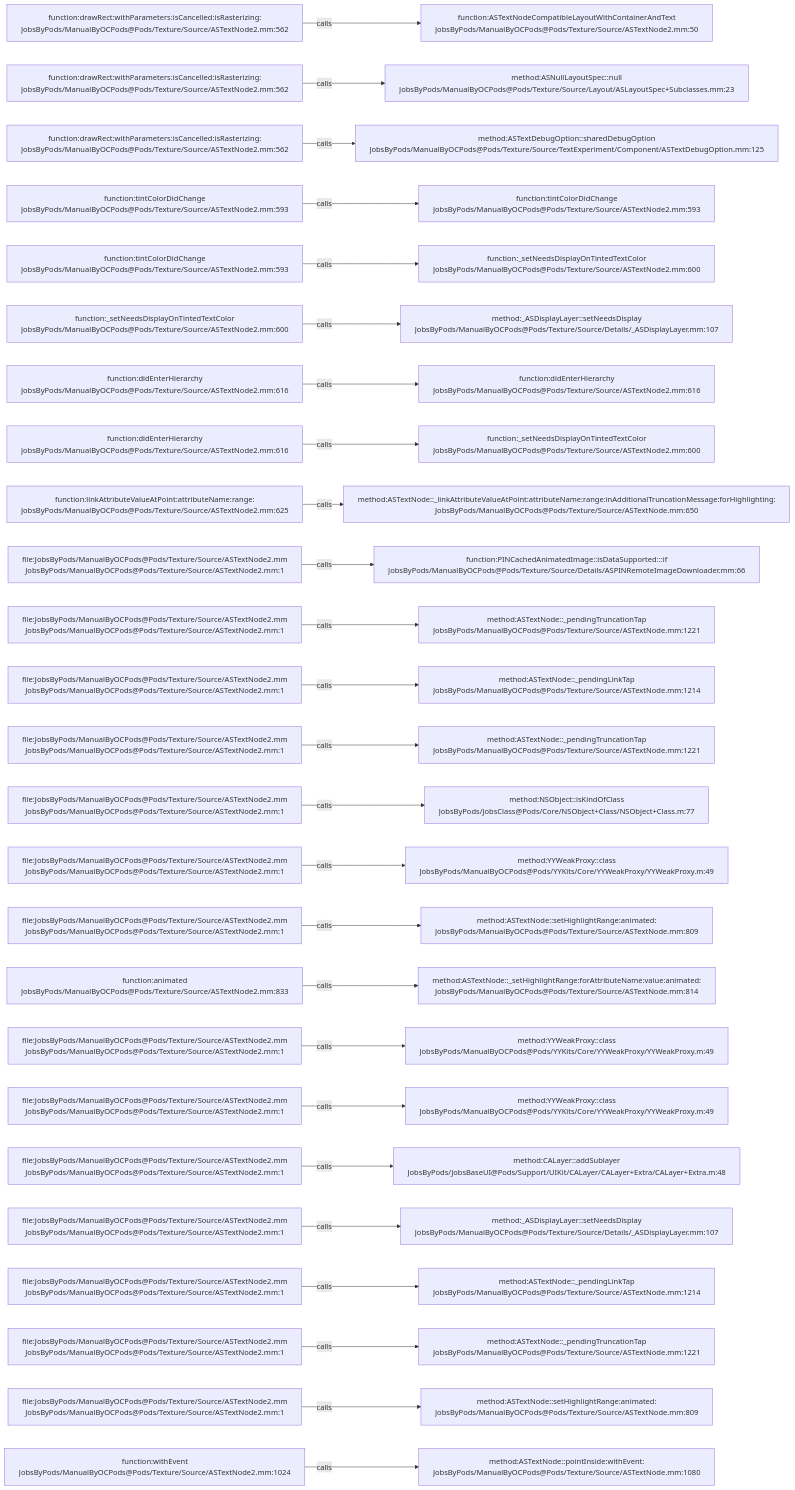
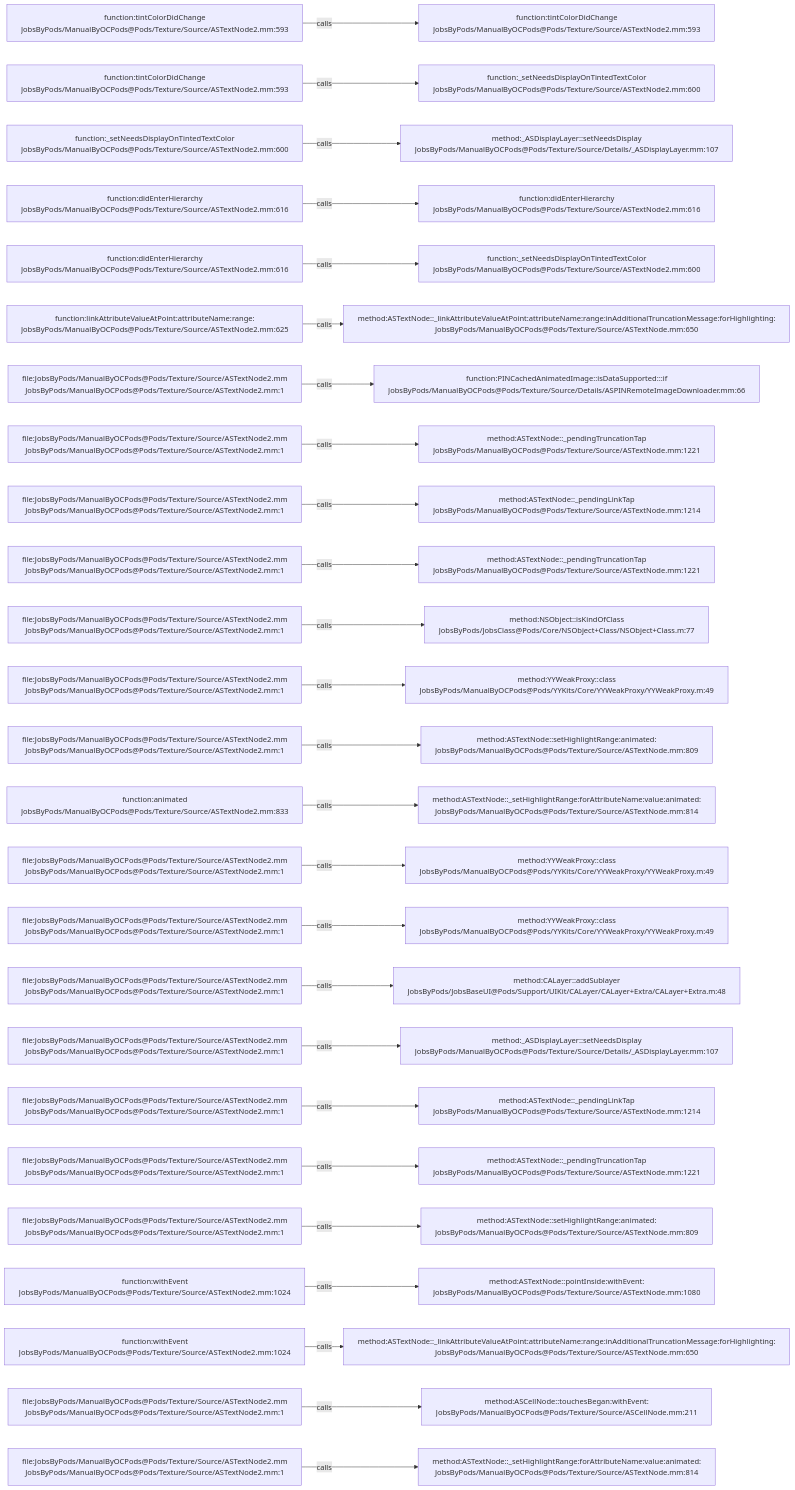
One commit to JobsKits/JobsOCBaseConfigDemo changed the diagram in .codegraph/codegraph.md/graphs/calls-142.md. Above: the diagram before and after it, drawn with Mermaid. The commit also changed 342 other files, not shown here.

````diff
--- a/.codegraph/codegraph.md/graphs/calls-142.md
+++ b/.codegraph/codegraph.md/graphs/calls-142.md
@@ -13,78 +13,78 @@
 ```mermaid
 flowchart LR
-  S1["function:drawRect:withParameters:isCancelled:isRasterizing:<br/>JobsByPods/ManualByOCPods@Pods/Texture/Source/ASTextNode2.mm:562"]
-  T1["function:ASTextNodeCompatibleLayoutWithContainerAndText<br/>JobsByPods/ManualByOCPods@Pods/Texture/Source/ASTextNode2.mm:50"]
+  S1["function:tintColorDidChange<br/>JobsByPods/ManualByOCPods@Pods/Texture/Source/ASTextNode2.mm:593"]
+  T1["function:tintColorDidChange<br/>JobsByPods/ManualByOCPods@Pods/Texture/Source/ASTextNode2.mm:593"]
   S1 -->|calls| T1
-  S2["function:drawRect:withParameters:isCancelled:isRasterizing:<br/>JobsByPods/ManualByOCPods@Pods/Texture/Source/ASTextNode2.mm:562"]
-  T2["method:ASNullLayoutSpec::null<br/>JobsByPods/ManualByOCPods@Pods/Texture/Source/Layout/ASLayoutSpec+Subclasses.mm:23"]
+  S2["function:tintColorDidChange<br/>JobsByPods/ManualByOCPods@Pods/Texture/Source/ASTextNode2.mm:593"]
+  T2["function:_setNeedsDisplayOnTintedTextColor<br/>JobsByPods/ManualByOCPods@Pods/Texture/Source/ASTextNode2.mm:600"]
   S2 -->|calls| T2
-  S3["function:drawRect:withParameters:isCancelled:isRasterizing:<br/>JobsByPods/ManualByOCPods@Pods/Texture/Source/ASTextNode2.mm:562"]
-  T3["method:ASTextDebugOption::sharedDebugOption<br/>JobsByPods/ManualByOCPods@Pods/Texture/Source/TextExperiment/Component/ASTextDebugOption.mm:125"]
+  S3["function:_setNeedsDisplayOnTintedTextColor<br/>JobsByPods/ManualByOCPods@Pods/Texture/Source/ASTextNode2.mm:600"]
+  T3["method:_ASDisplayLayer::setNeedsDisplay<br/>JobsByPods/ManualByOCPods@Pods/Texture/Source/Details/_ASDisplayLayer.mm:107"]
   S3 -->|calls| T3
-  S4["function:tintColorDidChange<br/>JobsByPods/ManualByOCPods@Pods/Texture/Source/ASTextNode2.mm:593"]
-  T4["function:tintColorDidChange<br/>JobsByPods/ManualByOCPods@Pods/Texture/Source/ASTextNode2.mm:593"]
+  S4["function:didEnterHierarchy<br/>JobsByPods/ManualByOCPods@Pods/Texture/Source/ASTextNode2.mm:616"]
+  T4["function:didEnterHierarchy<br/>JobsByPods/ManualByOCPods@Pods/Texture/Source/ASTextNode2.mm:616"]
   S4 -->|calls| T4
-  S5["function:tintColorDidChange<br/>JobsByPods/ManualByOCPods@Pods/Texture/Source/ASTextNode2.mm:593"]
+  S5["function:didEnterHierarchy<br/>JobsByPods/ManualByOCPods@Pods/Texture/Source/ASTextNode2.mm:616"]
   T5["function:_setNeedsDisplayOnTintedTextColor<br/>JobsByPods/ManualByOCPods@Pods/Texture/Source/ASTextNode2.mm:600"]
   S5 -->|calls| T5
-  S6["function:_setNeedsDisplayOnTintedTextColor<br/>JobsByPods/ManualByOCPods@Pods/Texture/Source/ASTextNode2.mm:600"]
-  T6["method:_ASDisplayLayer::setNeedsDisplay<br/>JobsByPods/ManualByOCPods@Pods/Texture/Source/Details/_ASDisplayLayer.mm:107"]
+  S6["function:linkAttributeValueAtPoint:attributeName:range:<br/>JobsByPods/ManualByOCPods@Pods/Texture/Source/ASTextNode2.mm:625"]
+  T6["method:ASTextNode::_linkAttributeValueAtPoint:attributeName:range:inAdditionalTruncationMessage:forHighlighting:<br/>JobsByPods/ManualByOCPods@Pods/Texture/Source/ASTextNode.mm:650"]
   S6 -->|calls| T6
-  S7["function:didEnterHierarchy<br/>JobsByPods/ManualByOCPods@Pods/Texture/Source/ASTextNode2.mm:616"]
-  T7["function:didEnterHierarchy<br/>JobsByPods/ManualByOCPods@Pods/Texture/Source/ASTextNode2.mm:616"]
+  S7["file:JobsByPods/ManualByOCPods@Pods/Texture/Source/ASTextNode2.mm<br/>JobsByPods/ManualByOCPods@Pods/Texture/Source/ASTextNode2.mm:1"]
+  T7["function:PINCachedAnimatedImage::isDataSupported:::if<br/>JobsByPods/ManualByOCPods@Pods/Texture/Source/Details/ASPINRemoteImageDownloader.mm:66"]
   S7 -->|calls| T7
-  S8["function:didEnterHierarchy<br/>JobsByPods/ManualByOCPods@Pods/Texture/Source/ASTextNode2.mm:616"]
-  T8["function:_setNeedsDisplayOnTintedTextColor<br/>JobsByPods/ManualByOCPods@Pods/Texture/Source/ASTextNode2.mm:600"]
+  S8["file:JobsByPods/ManualByOCPods@Pods/Texture/Source/ASTextNode2.mm<br/>JobsByPods/ManualByOCPods@Pods/Texture/Source/ASTextNode2.mm:1"]
+  T8["method:ASTextNode::_pendingTruncationTap<br/>JobsByPods/ManualByOCPods@Pods/Texture/Source/ASTextNode.mm:1221"]
   S8 -->|calls| T8
-  S9["function:linkAttributeValueAtPoint:attributeName:range:<br/>JobsByPods/ManualByOCPods@Pods/Texture/Source/ASTextNode2.mm:625"]
-  T9["method:ASTextNode::_linkAttributeValueAtPoint:attributeName:range:inAdditionalTruncationMessage:forHighlighting:<br/>JobsByPods/ManualByOCPods@Pods/Texture/Source/ASTextNode.mm:650"]
+  S9["file:JobsByPods/ManualByOCPods@Pods/Texture/Source/ASTextNode2.mm<br/>JobsByPods/ManualByOCPods@Pods/Texture/Source/ASTextNode2.mm:1"]
+  T9["method:ASTextNode::_pendingLinkTap<br/>JobsByPods/ManualByOCPods@Pods/Texture/Source/ASTextNode.mm:1214"]
   S9 -->|calls| T9
   S10["file:JobsByPods/ManualByOCPods@Pods/Texture/Source/ASTextNode2.mm<br/>JobsByPods/ManualByOCPods@Pods/Texture/Source/ASTextNode2.mm:1"]
-  T10["function:PINCachedAnimatedImage::isDataSupported:::if<br/>JobsByPods/ManualByOCPods@Pods/Texture/Source/Details/ASPINRemoteImageDownloader.mm:66"]
+  T10["method:ASTextNode::_pendingTruncationTap<br/>JobsByPods/ManualByOCPods@Pods/Texture/Source/ASTextNode.mm:1221"]
   S10 -->|calls| T10
   S11["file:JobsByPods/ManualByOCPods@Pods/Texture/Source/ASTextNode2.mm<br/>JobsByPods/ManualByOCPods@Pods/Texture/Source/ASTextNode2.mm:1"]
-  T11["method:ASTextNode::_pendingTruncationTap<br/>JobsByPods/ManualByOCPods@Pods/Texture/Source/ASTextNode.mm:1221"]
+  T11["method:NSObject::isKindOfClass<br/>JobsByPods/JobsClass@Pods/Core/NSObject+Class/NSObject+Class.m:77"]
   S11 -->|calls| T11
   S12["file:JobsByPods/ManualByOCPods@Pods/Texture/Source/ASTextNode2.mm<br/>JobsByPods/ManualByOCPods@Pods/Texture/Source/ASTextNode2.mm:1"]
-  T12["method:ASTextNode::_pendingLinkTap<br/>JobsByPods/ManualByOCPods@Pods/Texture/Source/ASTextNode.mm:1214"]
+  T12["method:YYWeakProxy::class<br/>JobsByPods/ManualByOCPods@Pods/YYKits/Core/YYWeakProxy/YYWeakProxy.m:49"]
   S12 -->|calls| T12
   S13["file:JobsByPods/ManualByOCPods@Pods/Texture/Source/ASTextNode2.mm<br/>JobsByPods/ManualByOCPods@Pods/Texture/Source/ASTextNode2.mm:1"]
-  T13["method:ASTextNode::_pendingTruncationTap<br/>JobsByPods/ManualByOCPods@Pods/Texture/Source/ASTextNode.mm:1221"]
+  T13["method:ASTextNode::setHighlightRange:animated:<br/>JobsByPods/ManualByOCPods@Pods/Texture/Source/ASTextNode.mm:809"]
   S13 -->|calls| T13
-  S14["file:JobsByPods/ManualByOCPods@Pods/Texture/Source/ASTextNode2.mm<br/>JobsByPods/ManualByOCPods@Pods/Texture/Source/ASTextNode2.mm:1"]
-  T14["method:NSObject::isKindOfClass<br/>JobsByPods/JobsClass@Pods/Core/NSObject+Class/NSObject+Class.m:77"]
+  S14["function:animated<br/>JobsByPods/ManualByOCPods@Pods/Texture/Source/ASTextNode2.mm:833"]
+  T14["method:ASTextNode::_setHighlightRange:forAttributeName:value:animated:<br/>JobsByPods/ManualByOCPods@Pods/Texture/Source/ASTextNode.mm:814"]
   S14 -->|calls| T14
   S15["file:JobsByPods/ManualByOCPods@Pods/Texture/Source/ASTextNode2.mm<br/>JobsByPods/ManualByOCPods@Pods/Texture/Source/ASTextNode2.mm:1"]
   T15["method:YYWeakProxy::class<br/>JobsByPods/ManualByOCPods@Pods/YYKits/Core/YYWeakProxy/YYWeakProxy.m:49"]
   S15 -->|calls| T15
   S16["file:JobsByPods/ManualByOCPods@Pods/Texture/Source/ASTextNode2.mm<br/>JobsByPods/ManualByOCPods@Pods/Texture/Source/ASTextNode2.mm:1"]
-  T16["method:ASTextNode::setHighlightRange:animated:<br/>JobsByPods/ManualByOCPods@Pods/Texture/Source/ASTextNode.mm:809"]
+  T16["method:YYWeakProxy::class<br/>JobsByPods/ManualByOCPods@Pods/YYKits/Core/YYWeakProxy/YYWeakProxy.m:49"]
   S16 -->|calls| T16
-  S17["function:animated<br/>JobsByPods/ManualByOCPods@Pods/Texture/Source/ASTextNode2.mm:833"]
-  T17["method:ASTextNode::_setHighlightRange:forAttributeName:value:animated:<br/>JobsByPods/ManualByOCPods@Pods/Texture/Source/ASTextNode.mm:814"]
+  S17["file:JobsByPods/ManualByOCPods@Pods/Texture/Source/ASTextNode2.mm<br/>JobsByPods/ManualByOCPods@Pods/Texture/Source/ASTextNode2.mm:1"]
+  T17["method:CALayer::addSublayer<br/>JobsByPods/JobsBaseUI@Pods/Support/UIKit/CALayer/CALayer+Extra/CALayer+Extra.m:48"]
   S17 -->|calls| T17
   S18["file:JobsByPods/ManualByOCPods@Pods/Texture/Source/ASTextNode2.mm<br/>JobsByPods/ManualByOCPods@Pods/Texture/Source/ASTextNode2.mm:1"]
-  T18["method:YYWeakProxy::class<br/>JobsByPods/ManualByOCPods@Pods/YYKits/Core/YYWeakProxy/YYWeakProxy.m:49"]
+  T18["method:_ASDisplayLayer::setNeedsDisplay<br/>JobsByPods/ManualByOCPods@Pods/Texture/Source/Details/_ASDisplayLayer.mm:107"]
   S18 -->|calls| T18
   S19["file:JobsByPods/ManualByOCPods@Pods/Texture/Source/ASTextNode2.mm<br/>JobsByPods/ManualByOCPods@Pods/Texture/Source/ASTextNode2.mm:1"]
-  T19["method:YYWeakProxy::class<br/>JobsByPods/ManualByOCPods@Pods/YYKits/Core/YYWeakProxy/YYWeakProxy.m:49"]
+  T19["method:ASTextNode::_pendingLinkTap<br/>JobsByPods/ManualByOCPods@Pods/Texture/Source/ASTextNode.mm:1214"]
   S19 -->|calls| T19
   S20["file:JobsByPods/ManualByOCPods@Pods/Texture/Source/ASTextNode2.mm<br/>JobsByPods/ManualByOCPods@Pods/Texture/Source/ASTextNode2.mm:1"]
-  T20["method:CALayer::addSublayer<br/>JobsByPods/JobsBaseUI@Pods/Support/UIKit/CALayer/CALayer+Extra/CALayer+Extra.m:48"]
+  T20["method:ASTextNode::_pendingTruncationTap<br/>JobsByPods/ManualByOCPods@Pods/Texture/Source/ASTextNode.mm:1221"]
   S20 -->|calls| T20
   S21["file:JobsByPods/ManualByOCPods@Pods/Texture/Source/ASTextNode2.mm<br/>JobsByPods/ManualByOCPods@Pods/Texture/Source/ASTextNode2.mm:1"]
-  T21["method:_ASDisplayLayer::setNeedsDisplay<br/>JobsByPods/ManualByOCPods@Pods/Texture/Source/Details/_ASDisplayLayer.mm:107"]
+  T21["method:ASTextNode::setHighlightRange:animated:<br/>JobsByPods/ManualByOCPods@Pods/Texture/Source/ASTextNode.mm:809"]
   S21 -->|calls| T21
-  S22["file:JobsByPods/ManualByOCPods@Pods/Texture/Source/ASTextNode2.mm<br/>JobsByPods/ManualByOCPods@Pods/Texture/Source/ASTextNode2.mm:1"]
-  T22["method:ASTextNode::_pendingLinkTap<br/>JobsByPods/ManualByOCPods@Pods/Texture/Source/ASTextNode.mm:1214"]
+  S22["function:withEvent<br/>JobsByPods/ManualByOCPods@Pods/Texture/Source/ASTextNode2.mm:1024"]
+  T22["method:ASTextNode::pointInside:withEvent:<br/>JobsByPods/ManualByOCPods@Pods/Texture/Source/ASTextNode.mm:1080"]
   S22 -->|calls| T22
-  S23["file:JobsByPods/ManualByOCPods@Pods/Texture/Source/ASTextNode2.mm<br/>JobsByPods/ManualByOCPods@Pods/Texture/Source/ASTextNode2.mm:1"]
-  T23["method:ASTextNode::_pendingTruncationTap<br/>JobsByPods/ManualByOCPods@Pods/Texture/Source/ASTextNode.mm:1221"]
+  S23["function:withEvent<br/>JobsByPods/ManualByOCPods@Pods/Texture/Source/ASTextNode2.mm:1024"]
+  T23["method:ASTextNode::_linkAttributeValueAtPoint:attributeName:range:inAdditionalTruncationMessage:forHighlighting:<br/>JobsByPods/ManualByOCPods@Pods/Texture/Source/ASTextNode.mm:650"]
   S23 -->|calls| T23
   S24["file:JobsByPods/ManualByOCPods@Pods/Texture/Source/ASTextNode2.mm<br/>JobsByPods/ManualByOCPods@Pods/Texture/Source/ASTextNode2.mm:1"]
-  T24["method:ASTextNode::setHighlightRange:animated:<br/>JobsByPods/ManualByOCPods@Pods/Texture/Source/ASTextNode.mm:809"]
+  T24["method:ASCellNode::touchesBegan:withEvent:<br/>JobsByPods/ManualByOCPods@Pods/Texture/Source/ASCellNode.mm:211"]
   S24 -->|calls| T24
-  S25["function:withEvent<br/>JobsByPods/ManualByOCPods@Pods/Texture/Source/ASTextNode2.mm:1024"]
-  T25["method:ASTextNode::pointInside:withEvent:<br/>JobsByPods/ManualByOCPods@Pods/Texture/Source/ASTextNode.mm:1080"]
+  S25["file:JobsByPods/ManualByOCPods@Pods/Texture/Source/ASTextNode2.mm<br/>JobsByPods/ManualByOCPods@Pods/Texture/Source/ASTextNode2.mm:1"]
+  T25["method:ASTextNode::_setHighlightRange:forAttributeName:value:animated:<br/>JobsByPods/ManualByOCPods@Pods/Texture/Source/ASTextNode.mm:814"]
   S25 -->|calls| T25
 ```
````
